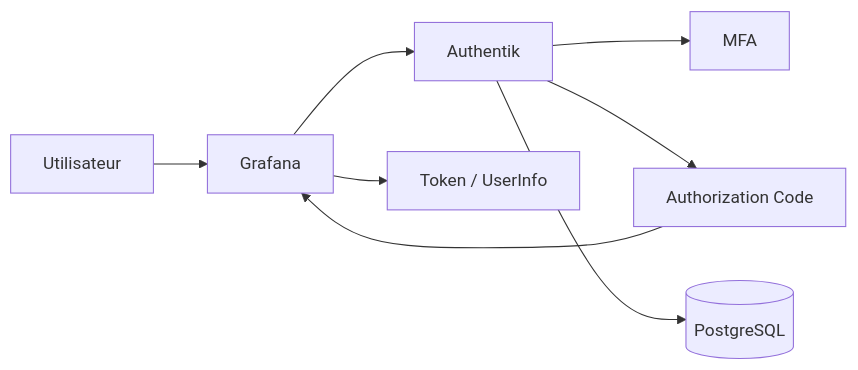
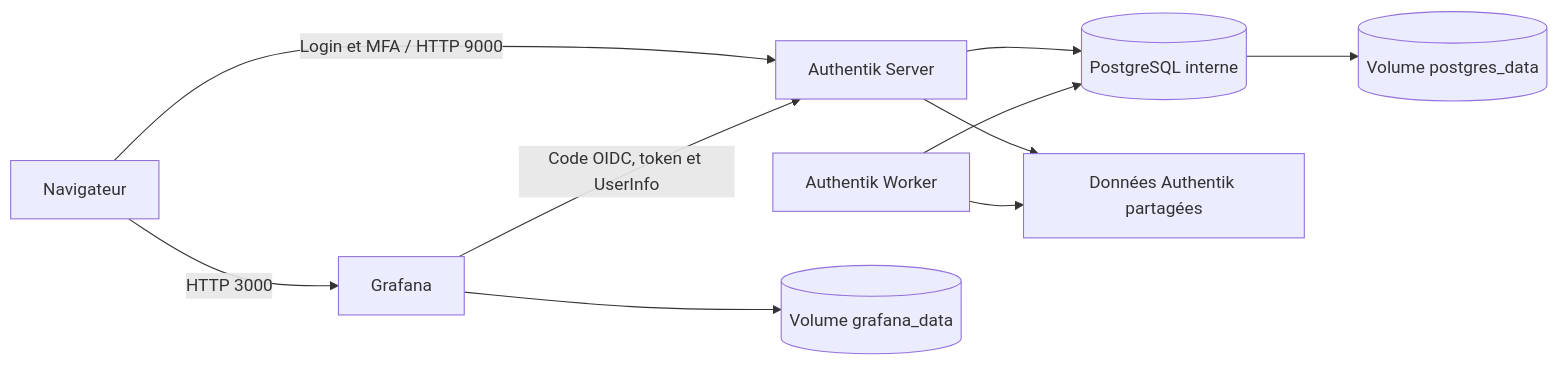
One commit to ronflex00/tp1-tp2-nova-services-iam changed the diagram in README.md. Above: the diagram before and after it, drawn with Mermaid. The commit also changed other lines of this file and 19 other files, not shown here.

````diff
--- a/README.md
+++ b/README.md
@@ -32,10 +32,12 @@
 ```mermaid
 flowchart LR
-  U[Utilisateur] --> G[Grafana]
-  G --> A[Authentik]
-  A --> M[MFA]
-  A --> C[Authorization Code]
-  C --> G
-  G --> T[Token / UserInfo]
-  A --> P[(PostgreSQL)]
+    B["Navigateur"] -->|"HTTP 3000"| G["Grafana"]
+    B -->|"Login et MFA / HTTP 9000"| A["Authentik Server"]
+    G -->|"Code OIDC, token et UserInfo"| A
+    A --> P[("PostgreSQL interne")]
+    W["Authentik Worker"] --> P
+    G --> V[("Volume grafana_data")]
+    P --> D[("Volume postgres_data")]
+    A --> F["Données Authentik partagées"]
+    W --> F
 ```
````
